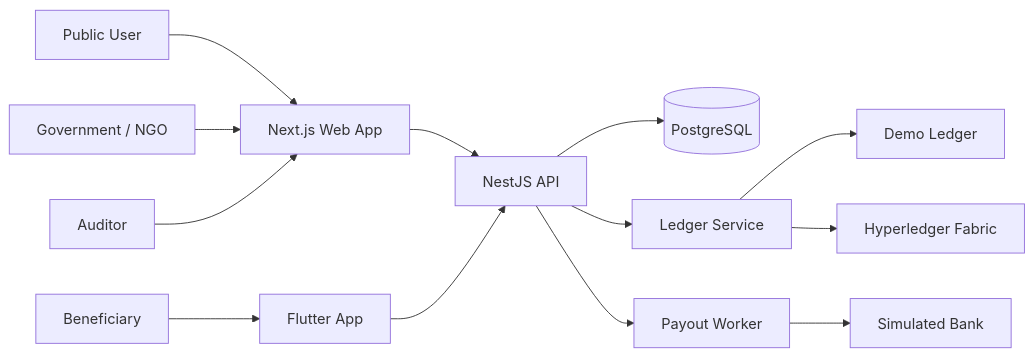
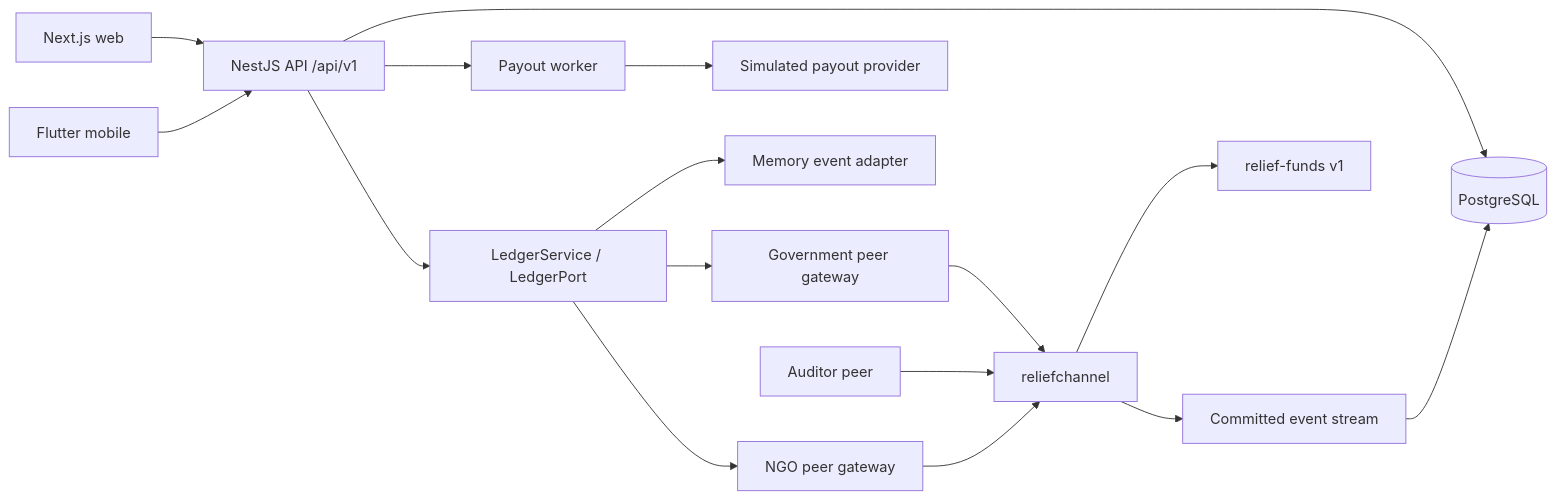
The first of 3 diagrams in ARCHITECTURE.md (kensh1ken/ReliefChain), drawn with Mermaid before and after one commit. The commit also changed other lines of this file and 31 other files, not shown here.

````diff
--- a/ARCHITECTURE.md
+++ b/ARCHITECTURE.md
@@ -9,16 +24,18 @@
 ```mermaid
 flowchart LR
-    Public[Public User] --> Web[Next.js Web App]
-    Operator[Government / NGO] --> Web
-    Auditor[Auditor] --> Web
-    Beneficiary[Beneficiary] --> Mobile[Flutter App]
-
-    Web --> API[NestJS API]
-    Mobile --> API
+    Web[Next.js web] --> API[NestJS API /api/v1]
+    Mobile[Flutter mobile] --> API
     API --> DB[(PostgreSQL)]
-    API --> Ledger[Ledger Service]
-    Ledger --> Memory[Demo Ledger]
-    Ledger --> Fabric[Hyperledger Fabric]
-    API --> Worker[Payout Worker]
-    Worker --> Simulator[Simulated Bank]
+    API --> Worker[Payout worker]
+    Worker --> Provider[Simulated payout provider]
+    API --> Ledger[LedgerService / LedgerPort]
+    Ledger --> Memory[Memory event adapter]
+    Ledger --> GovPeer[Government peer gateway]
+    Ledger --> NgoPeer[NGO peer gateway]
+    GovPeer --> Channel[reliefchannel]
+    NgoPeer --> Channel
+    AuditorPeer[Auditor peer] --> Channel
+    Channel --> Chaincode[relief-funds v1]
+    Channel --> Indexer[Committed event stream]
+    Indexer --> DB
 ```
````
